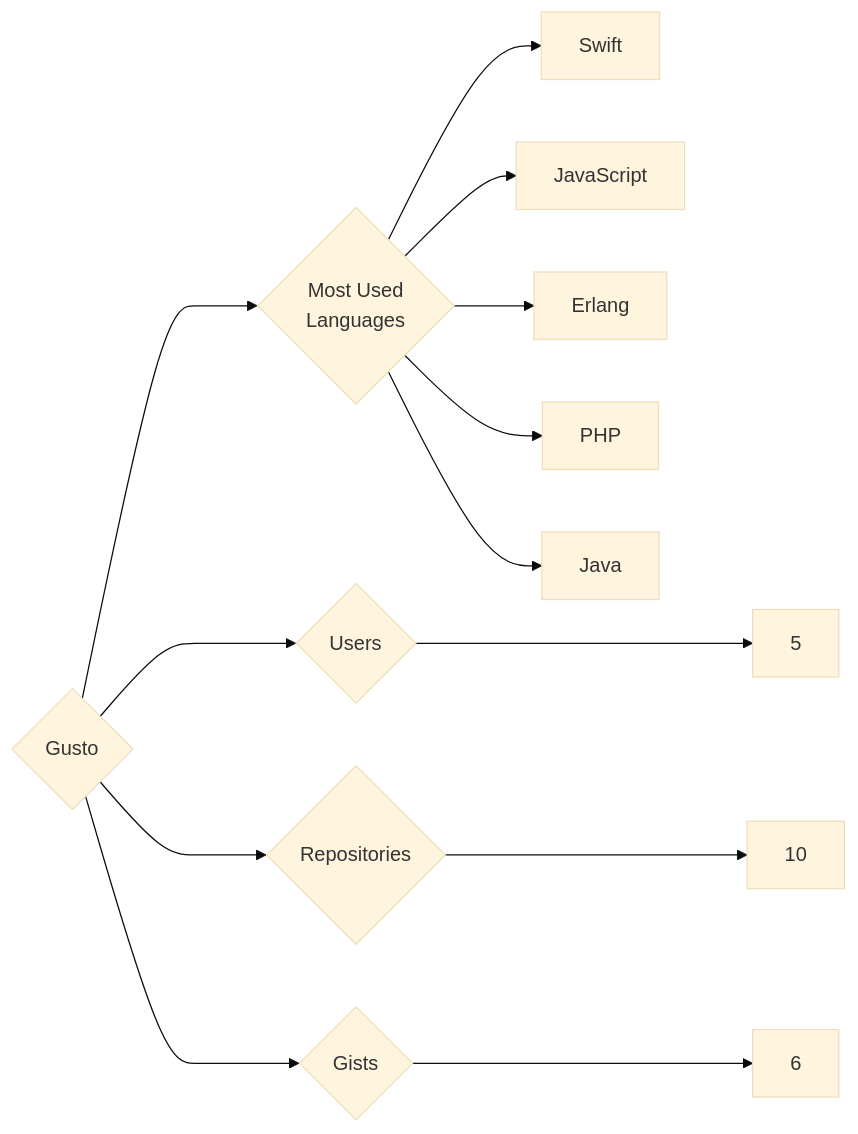
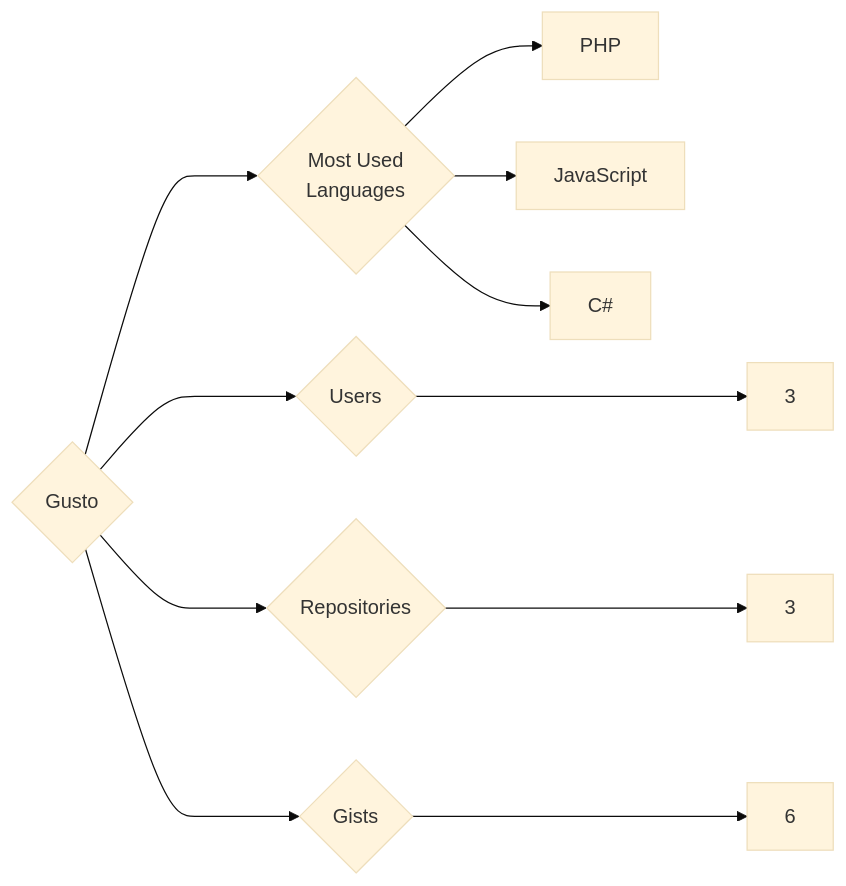
One commit to trickest/insiders changed the diagram in targets/Gusto/README.md. Above: the diagram before and after it, drawn with Mermaid (base theme). The commit also changed 857 other files, not shown here.

````diff
--- a/targets/Gusto/README.md
+++ b/targets/Gusto/README.md
@@ -3,13 +3,11 @@
 ```mermaid
 graph LR
 COMPANY_NAME{Gusto}
-COMPANY_NAME ---> U{Users} ---> UN[5]
-COMPANY_NAME ---> R{Repositories} ---> RN[10]
+COMPANY_NAME ---> U{Users} ---> UN[3]
+COMPANY_NAME ---> R{Repositories} ---> RN[3]
 COMPANY_NAME ---> G{Gists} ---> GN[6]
 COMPANY_NAME ---> ML{Most Used<br>Languages}
-ML --> Swift[Swift]
+ML --> PHP[PHP]
 ML --> JavaScript[JavaScript]
-ML --> Erlang[Erlang]
-ML --> PHP[PHP]
-ML --> Java[Java]
+ML --> C#[C#]
 ```
````
